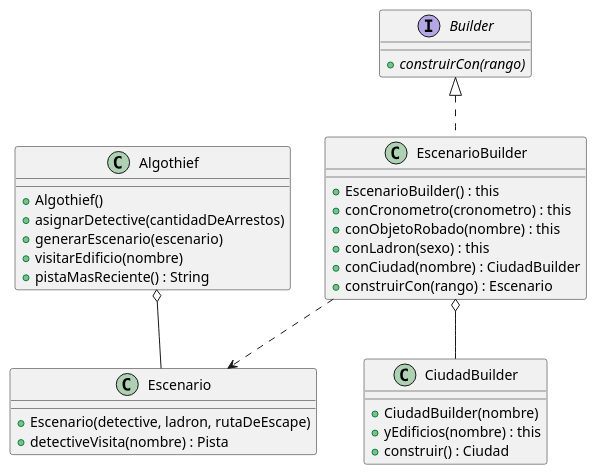
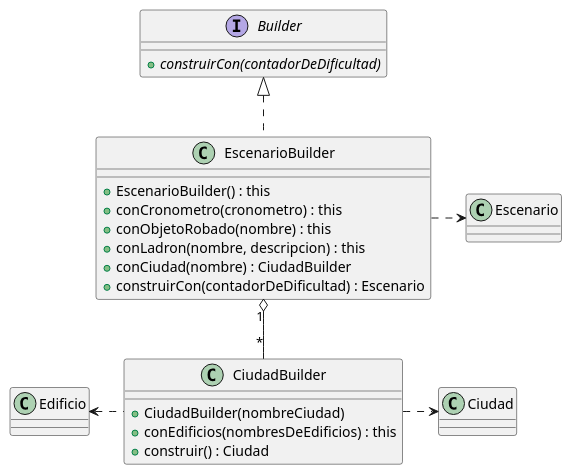
Before and after one commit to MegaRedHand/algo-thief: the diagram in diagrams/classes/clase_builder.plantuml, drawn with PlantUML. The commit also changed 20 other files, not shown here.

Commit message:
docs: actualizo los diagramas de clase

```diff
--- a/diagrams/classes/clase_builder.plantuml
+++ b/diagrams/classes/clase_builder.plantuml
@@ -1,40 +1,27 @@
 @startuml
 
-class Algothief {
-    + Algothief()
-    + asignarDetective(cantidadDeArrestos)
-    + generarEscenario(escenario)
-    + visitarEdificio(nombre)
-    + pistaMasReciente() : String
-}
-
 interface Builder {
-    + {abstract} construirCon(rango)
+    + {abstract} construirCon(contadorDeDificultad)
 }
 
 class EscenarioBuilder implements Builder {
     + EscenarioBuilder() : this
     + conCronometro(cronometro) : this
     + conObjetoRobado(nombre) : this
-    + conLadron(sexo) : this
+    + conLadron(nombre, descripcion) : this
     + conCiudad(nombre) : CiudadBuilder
-    + construirCon(rango) : Escenario
-}
-
-class Escenario {
-    + Escenario(detective, ladron, rutaDeEscape)
-    + detectiveVisita(nombre) : Pista
+    + construirCon(contadorDeDificultad) : Escenario
 }
 
 class CiudadBuilder {
-    + CiudadBuilder(nombre)
-    + yEdificios(nombre) : this
+    + CiudadBuilder(nombreCiudad)
+    + conEdificios(nombresDeEdificios) : this
     + construir() : Ciudad
 }
 
-
-EscenarioBuilder o-- CiudadBuilder
-EscenarioBuilder ..> Escenario
-Algothief o-- Escenario
+EscenarioBuilder "1" o-- "*" CiudadBuilder
+EscenarioBuilder .> Escenario
+CiudadBuilder .> Ciudad
+Edificio <. CiudadBuilder
 
 @enduml
```
